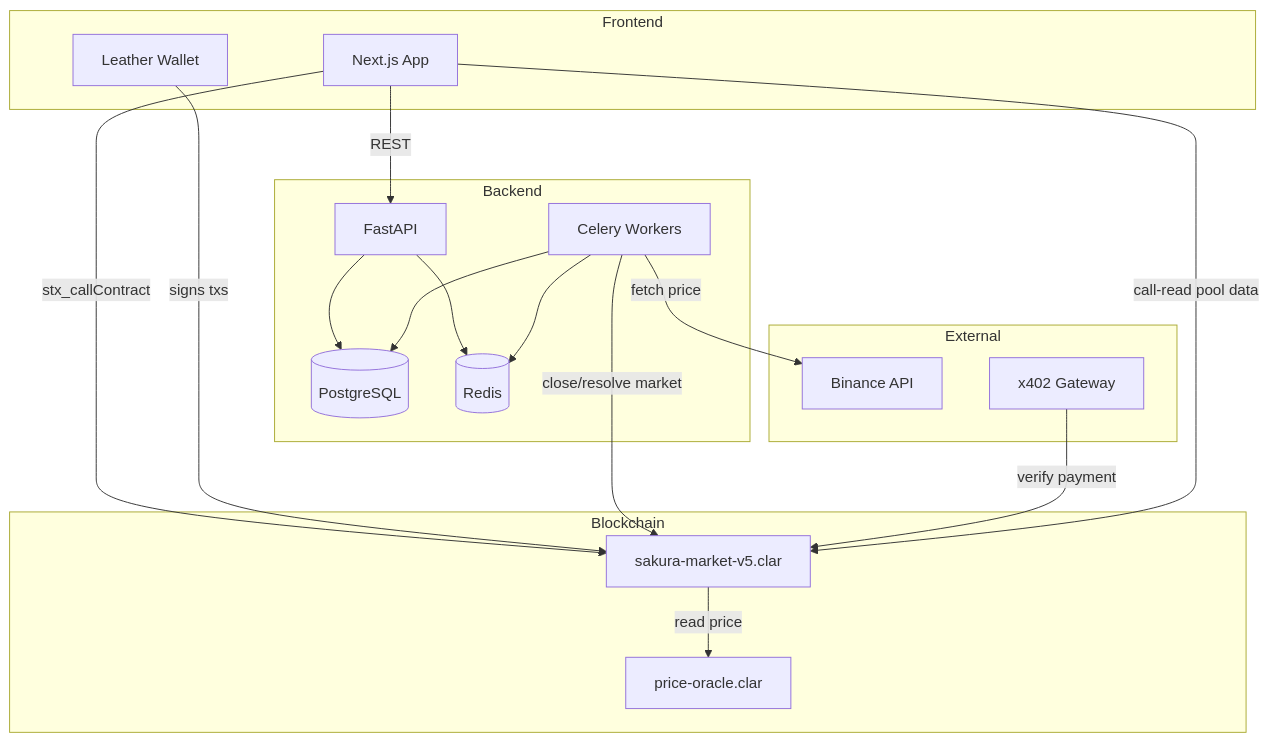
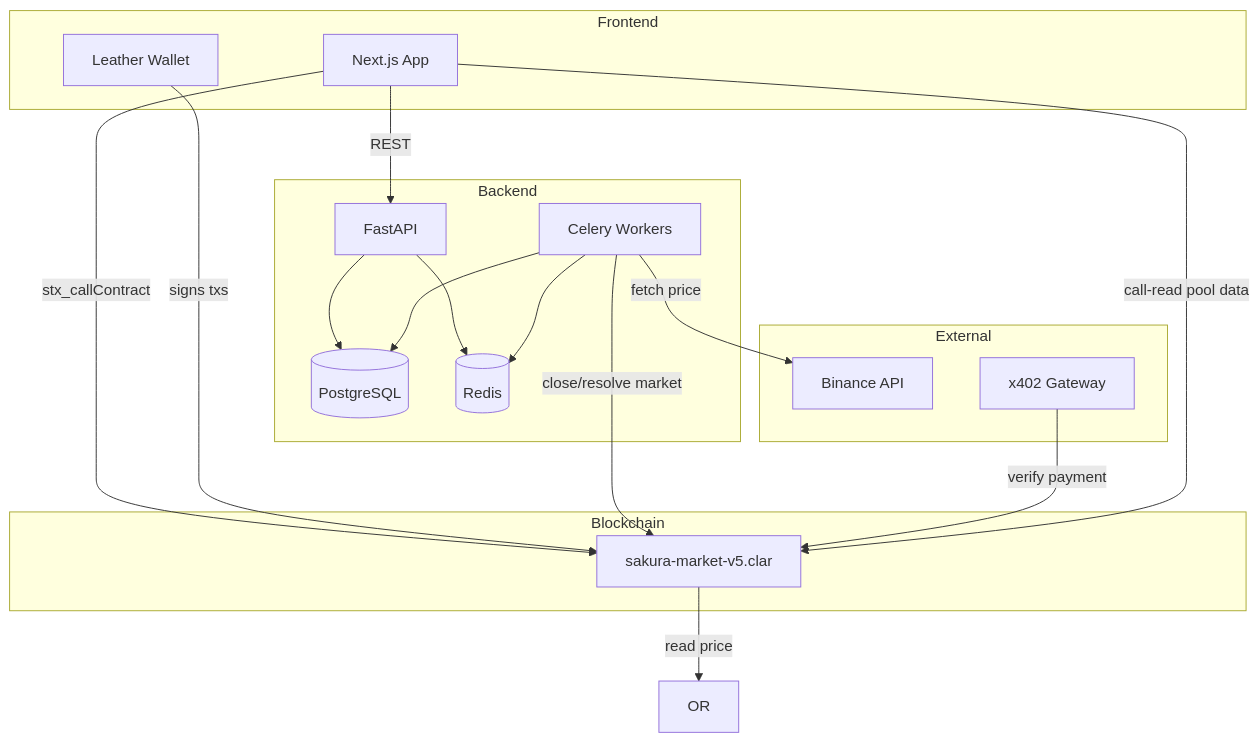
One commit to SheldonNg99/sakura-beta changed the first of 5 diagrams in README.md. Above: the diagram before and after it, drawn with Mermaid.

````diff
--- a/README.md
+++ b/README.md
@@ -26,37 +26,36 @@
 ```mermaid
 graph TB
     subgraph "Frontend"
         UI[Next.js App]
         LW[Leather Wallet]
     end
 
     subgraph "Backend"
         API[FastAPI]
         CW[Celery Workers]
         PG[(PostgreSQL)]
         RD[(Redis)]
     end
 
     subgraph "Blockchain"
         SC[sakura-market-v5.clar]
-        OR[price-oracle.clar]
     end
 
     subgraph "External"
         BN[Binance API]
         X4[x402 Gateway]
     end
 
     UI -->|REST| API
     UI -->|stx_callContract| SC
     LW -->|signs txs| SC
     API --> PG
     API --> RD
     CW --> PG
     CW --> RD
     CW -->|close/resolve market| SC
     CW -->|fetch price| BN
     SC -->|read price| OR
     X4 -->|verify payment| SC
     UI -->|call-read pool data| SC
 ```
````
